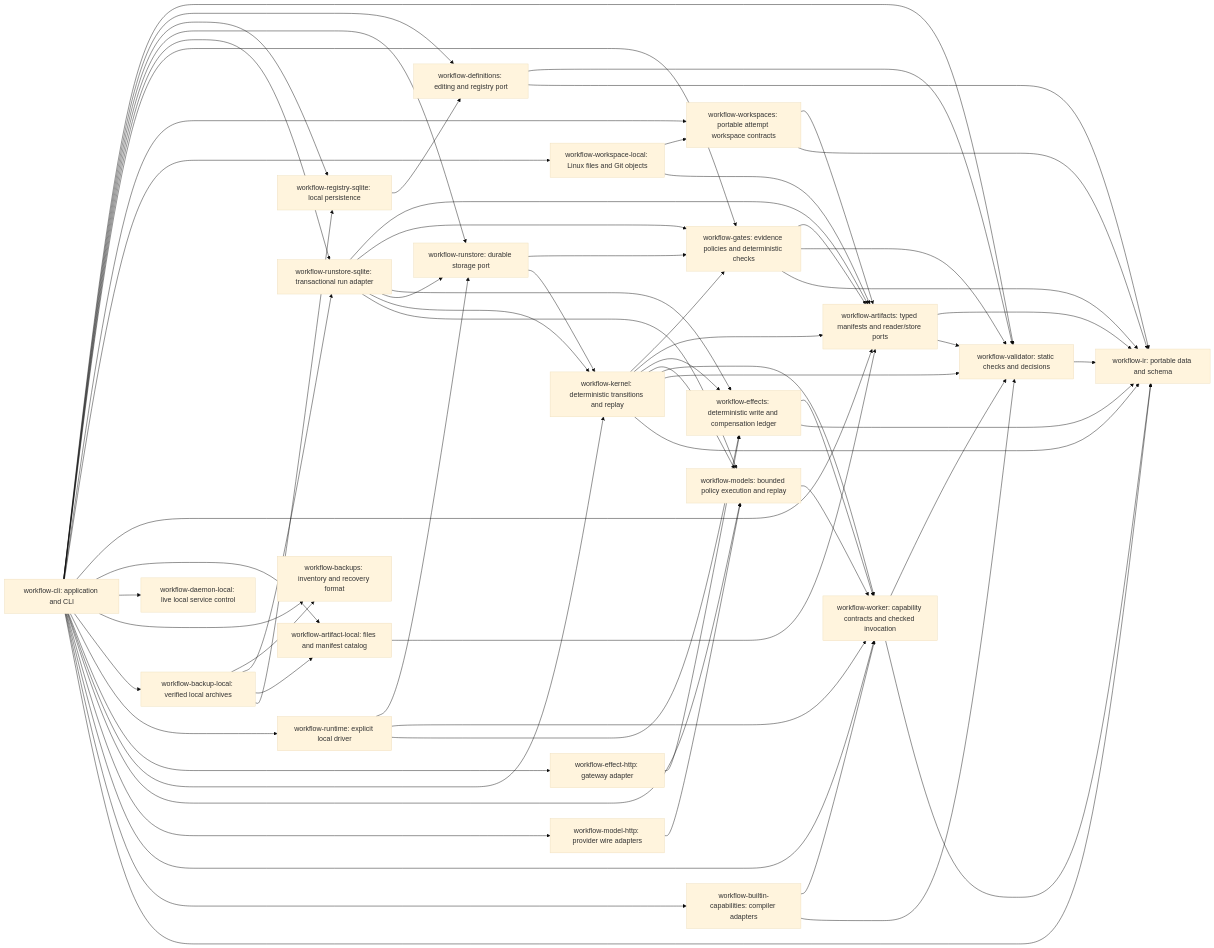
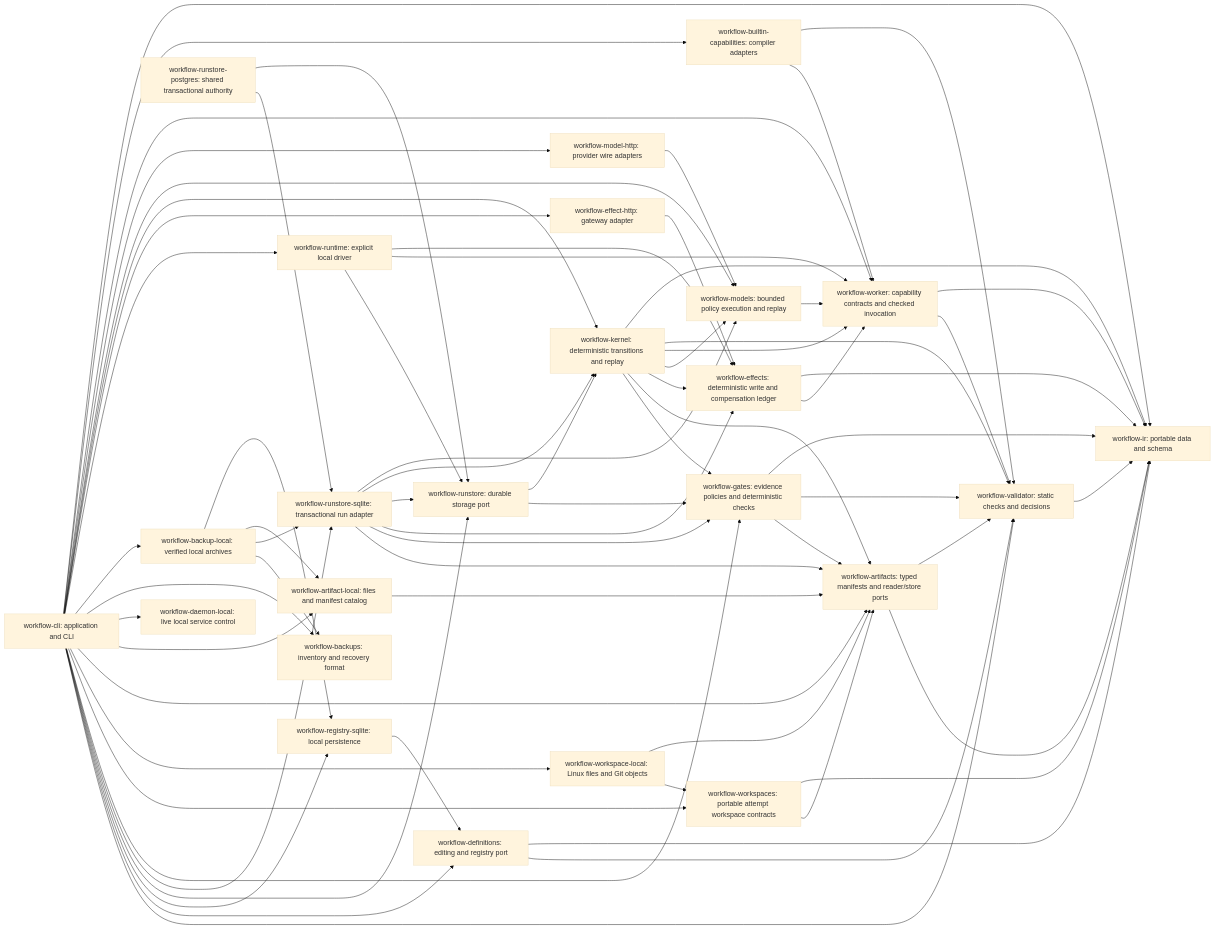
The diagram in docs/roadmap.md (coolplayagent/workflow-cli), drawn with Mermaid (base theme) before and after one commit. The commit also changed other lines of this file and 26 other files, not shown here.

````diff
--- a/docs/roadmap.md
+++ b/docs/roadmap.md
@@ -8,69 +8,71 @@
 ```mermaid
 flowchart LR
     CLI[workflow-cli: application and CLI] --> V[workflow-validator: static checks and decisions]
     CLI --> D[workflow-definitions: editing and registry port]
     CLI --> S[workflow-registry-sqlite: local persistence]
     CLI --> RS[workflow-runstore: durable storage port]
     CLI --> DB[workflow-runstore-sqlite: transactional run adapter]
     CLI --> G[workflow-gates: evidence policies and deterministic checks]
     G --> A
     G --> V
     G --> IR
     CLI --> WS[workflow-workspaces: portable attempt workspace contracts]
     CLI --> WL[workflow-workspace-local: Linux files and Git objects]
     WL --> WS
     WL --> A
     WS --> A
     WS --> IR
     CLI --> A[workflow-artifacts: typed manifests and reader/store ports]
     CLI --> AF[workflow-artifact-local: files and manifest catalog]
     AF --> A
     DB --> A
     DB --> G
     RS --> G
     K --> G
     K --> A
     A --> IR
     A --> V
     CLI --> DL[workflow-daemon-local: live local service control]
     CLI --> BK[workflow-backups: inventory and recovery format]
     CLI --> BL[workflow-backup-local: verified local archives]
     BL --> BK
     BL --> DB
     BL --> AF
     BL --> S
     CLI --> RT[workflow-runtime: explicit local driver]
     RT --> RS
     RT --> W
     RT --> E[workflow-effects: deterministic write and compensation ledger]
     DB --> E
     K --> E
     CLI --> EH[workflow-effect-http: gateway adapter]
     EH --> E
     E --> W
     E --> IR
+    PG[workflow-runstore-postgres: shared transactional authority] --> DB
+    PG --> RS
     DB --> RS
     DB --> K
     RS --> K
     CLI --> K[workflow-kernel: deterministic transitions and replay]
     K --> M[workflow-models: bounded policy execution and replay]
     DB --> M
     CLI --> M
     CLI --> MH[workflow-model-http: provider wire adapters]
     MH --> M
     M --> W
     K --> W
     K --> V
     K --> IR
     CLI --> W[workflow-worker: capability contracts and checked invocation]
     CLI --> B[workflow-builtin-capabilities: compiler adapters]
     B --> W
     B --> V
     W --> V
     W --> IR
     S --> D
     D --> V
     D --> IR[workflow-ir: portable data and schema]
     CLI --> IR
     V --> IR
 ```
````
